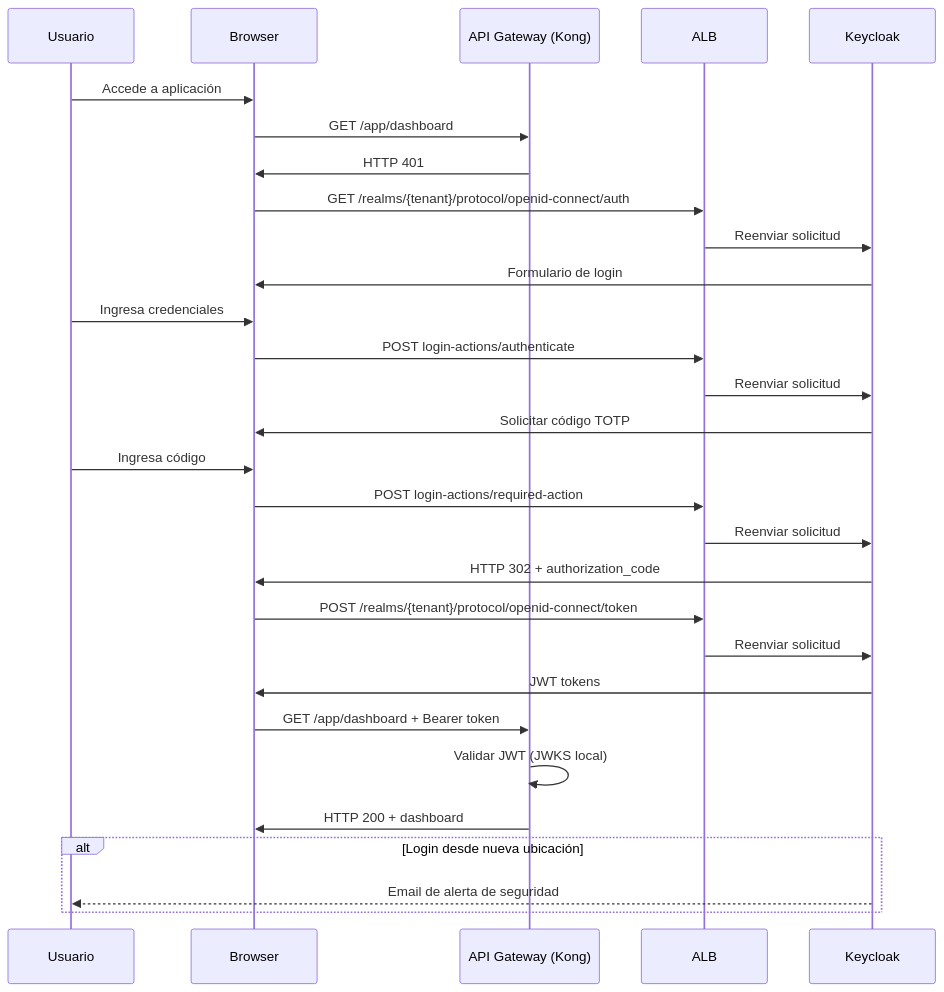
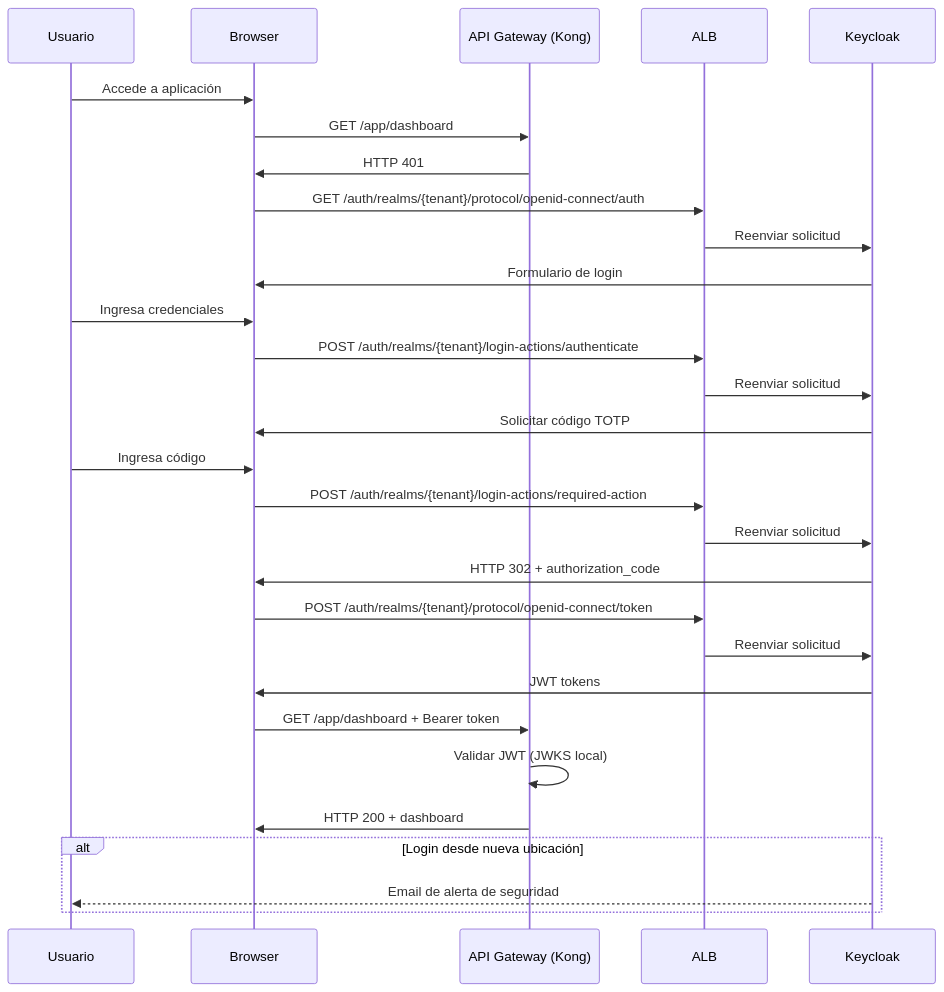
The first of 3 diagrams in docs/plataforma-corporativa/plataforma-de-integracion/identidad-y-accesos/06-vista-tiempo-ejecucion.md (jclemente-tlm/tlm-doc-architecture), drawn with Mermaid before and after one commit. The commit also changed other lines of this file and 11 other files, not shown here.

````diff
--- a/docs/plataforma-corporativa/plataforma-de-integracion/identidad-y-accesos/06-vista-tiempo-ejecucion.md
+++ b/docs/plataforma-corporativa/plataforma-de-integracion/identidad-y-accesos/06-vista-tiempo-ejecucion.md
@@ -11,32 +11,32 @@
 ```mermaid
 sequenceDiagram
     participant User as Usuario
     participant Browser as Browser
     participant GW as API Gateway (Kong)
     participant ALB as ALB
     participant KC as Keycloak
 
     User->>Browser: Accede a aplicación
     Browser->>GW: GET /app/dashboard
     GW->>Browser: HTTP 401
-    Browser->>ALB: GET /realms/{tenant}/protocol/openid-connect/auth
+    Browser->>ALB: GET /auth/realms/{tenant}/protocol/openid-connect/auth
     ALB->>KC: Reenviar solicitud
     KC->>Browser: Formulario de login
     User->>Browser: Ingresa credenciales
-    Browser->>ALB: POST login-actions/authenticate
+    Browser->>ALB: POST /auth/realms/{tenant}/login-actions/authenticate
     ALB->>KC: Reenviar solicitud
     KC->>Browser: Solicitar código TOTP
     User->>Browser: Ingresa código
-    Browser->>ALB: POST login-actions/required-action
+    Browser->>ALB: POST /auth/realms/{tenant}/login-actions/required-action
     ALB->>KC: Reenviar solicitud
     KC->>Browser: HTTP 302 + authorization_code
-    Browser->>ALB: POST /realms/{tenant}/protocol/openid-connect/token
+    Browser->>ALB: POST /auth/realms/{tenant}/protocol/openid-connect/token
     ALB->>KC: Reenviar solicitud
     KC->>Browser: JWT tokens
     Browser->>GW: GET /app/dashboard + Bearer token
     GW->>GW: Validar JWT (JWKS local)
     GW->>Browser: HTTP 200 + dashboard
     alt Login desde nueva ubicación
         KC-->>User: Email de alerta de seguridad
     end
 ```
````
